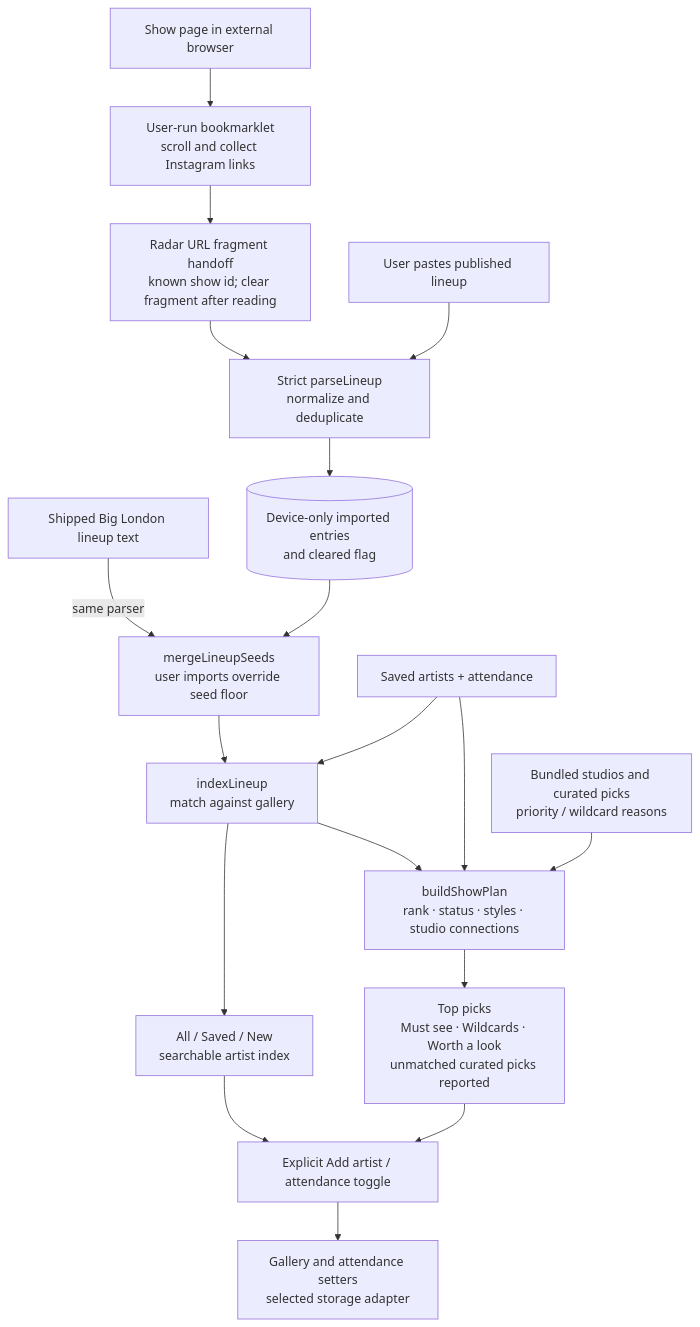
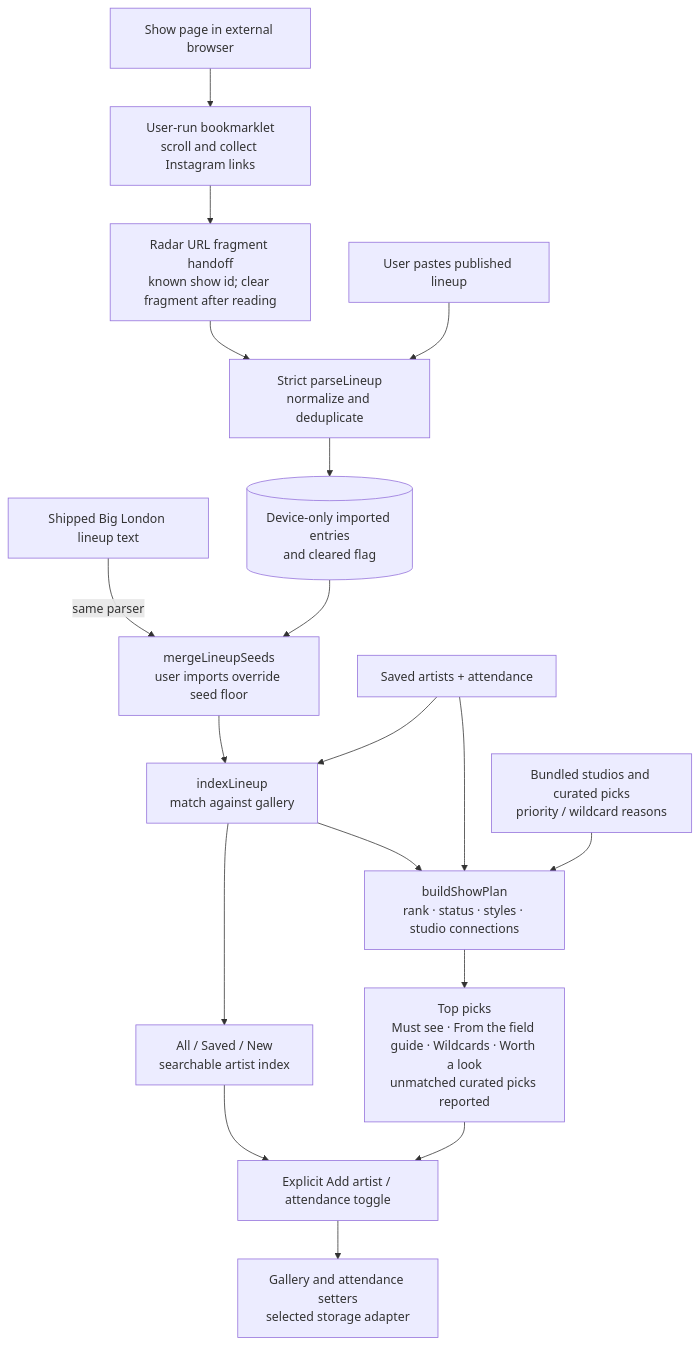
Diagram 12 of 13 in docs/ARCHITECTURE.md (Pritesh1980/sable), drawn with Mermaid before and after one commit. The commit also changed 17 other files, not shown here.

First line of the commit message:
fix(radar): phone-width index, honest curated picks, past editions; Studios labels (#167)

````diff
--- a/docs/ARCHITECTURE.md
+++ b/docs/ARCHITECTURE.md
@@ -774,30 +774,30 @@
 ```mermaid
 flowchart TB
   SEED["Shipped Big London lineup text"]
   PASTE["User pastes published lineup"]
   SHOW["Show page in external browser"]
   GRAB["User-run bookmarklet<br/>scroll and collect Instagram links"]
   HASH["Radar URL fragment handoff<br/>known show id; clear fragment after reading"]
   PARSE["Strict parseLineup<br/>normalize and deduplicate"]
   STORE[("Device-only imported entries<br/>and cleared flag")]
   MERGE["mergeLineupSeeds<br/>user imports override seed floor"]
   GALLERY["Saved artists + attendance"]
   INDEX["indexLineup<br/>match against gallery"]
   AZ["All / Saved / New<br/>searchable artist index"]
   PLAN["buildShowPlan<br/>rank · status · styles · studio connections"]
   CURATED["Bundled studios and curated picks<br/>priority / wildcard reasons"]
-  PICKS["Top picks<br/>Must see · Wildcards · Worth a look<br/>unmatched curated picks reported"]
+  PICKS["Top picks<br/>Must see · From the field guide · Wildcards · Worth a look<br/>unmatched curated picks reported"]
   KEEP["Explicit Add artist / attendance toggle"]
   SYNC["Gallery and attendance setters<br/>selected storage adapter"]
 
   SHOW --> GRAB --> HASH --> PARSE
   PASTE --> PARSE --> STORE
   SEED -- "same parser" --> MERGE
   STORE --> MERGE --> INDEX
   GALLERY --> INDEX --> AZ
   INDEX --> PLAN
   GALLERY --> PLAN
   CURATED --> PLAN --> PICKS
   AZ --> KEEP
   PICKS --> KEEP --> SYNC
 ```
````
